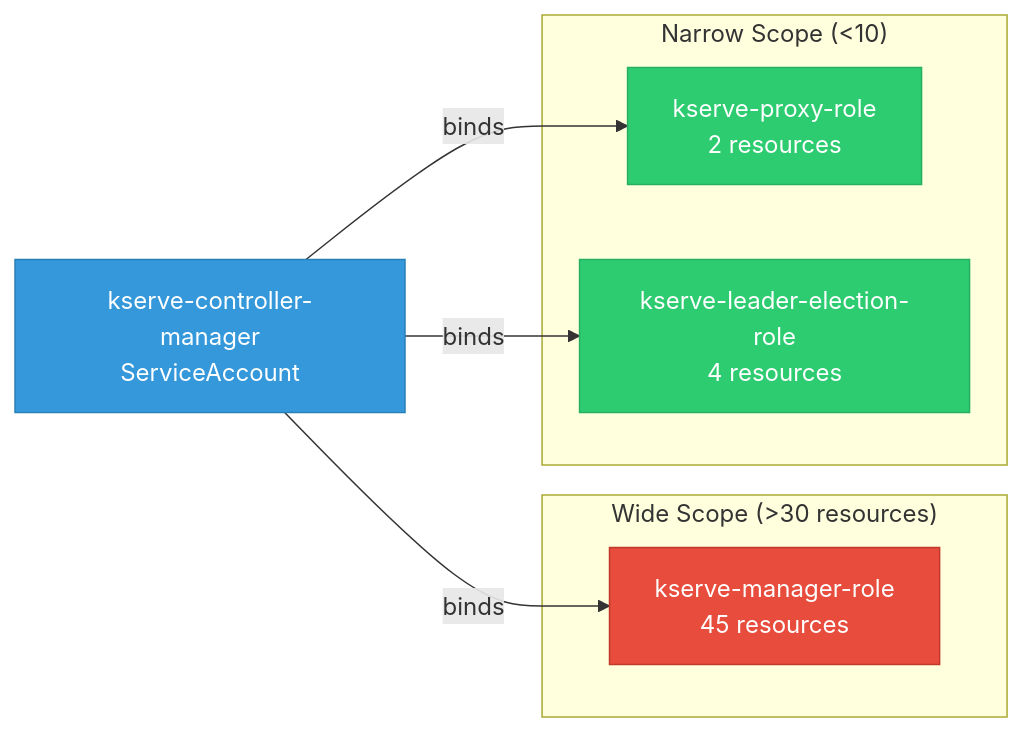
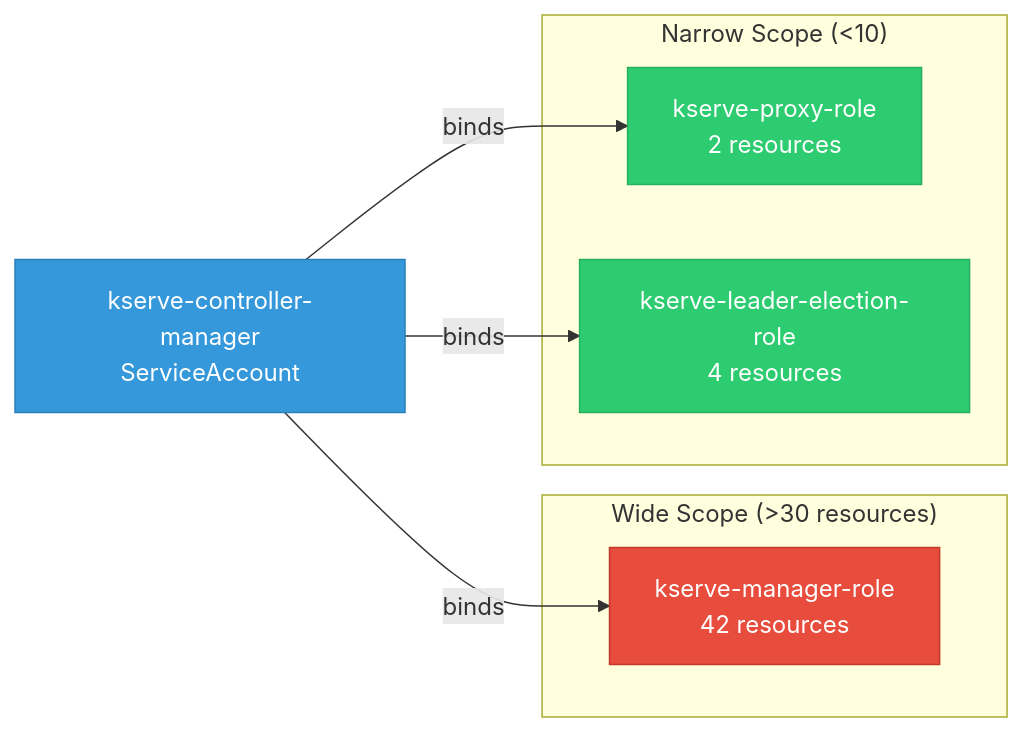
The diagram in site/docs/use-cases/odh-platform/components/kserve/rbac.md (ugiordan/rhoai-architecture-analyzer), drawn with Mermaid before and after one commit. The commit also changed other lines of this file and 52 other files, not shown here.

````diff
--- a/site/docs/use-cases/odh-platform/components/kserve/rbac.md
+++ b/site/docs/use-cases/odh-platform/components/kserve/rbac.md
@@ -9,20 +9,20 @@
 ```mermaid
 graph LR
     classDef wide fill:#e74c3c,stroke:#c0392b,color:#fff
     classDef medium fill:#f39c12,stroke:#d68910,color:#fff
     classDef narrow fill:#2ecc71,stroke:#27ae60,color:#fff
     classDef subject fill:#3498db,stroke:#2980b9,color:#fff
 
     subgraph wide["Wide Scope (>30 resources)"]
-    kserve_manager_role["kserve-manager-role\n45 resources"]:::wide
+    kserve_manager_role["kserve-manager-role\n42 resources"]:::wide
     end
     subgraph nar["Narrow Scope (<10)"]
     kserve_proxy_role["kserve-proxy-role\n2 resources"]:::narrow
     kserve_leader_election_role["kserve-leader-election-role\n4 resources"]:::narrow
     end
 
     subj_kserve_controller_manager["kserve-controller-manager\nServiceAccount"]:::subject
     subj_kserve_controller_manager -->|binds| kserve_manager_role
     subj_kserve_controller_manager -->|binds| kserve_proxy_role
     subj_kserve_controller_manager -->|binds| kserve_leader_election_role
 ```
````
